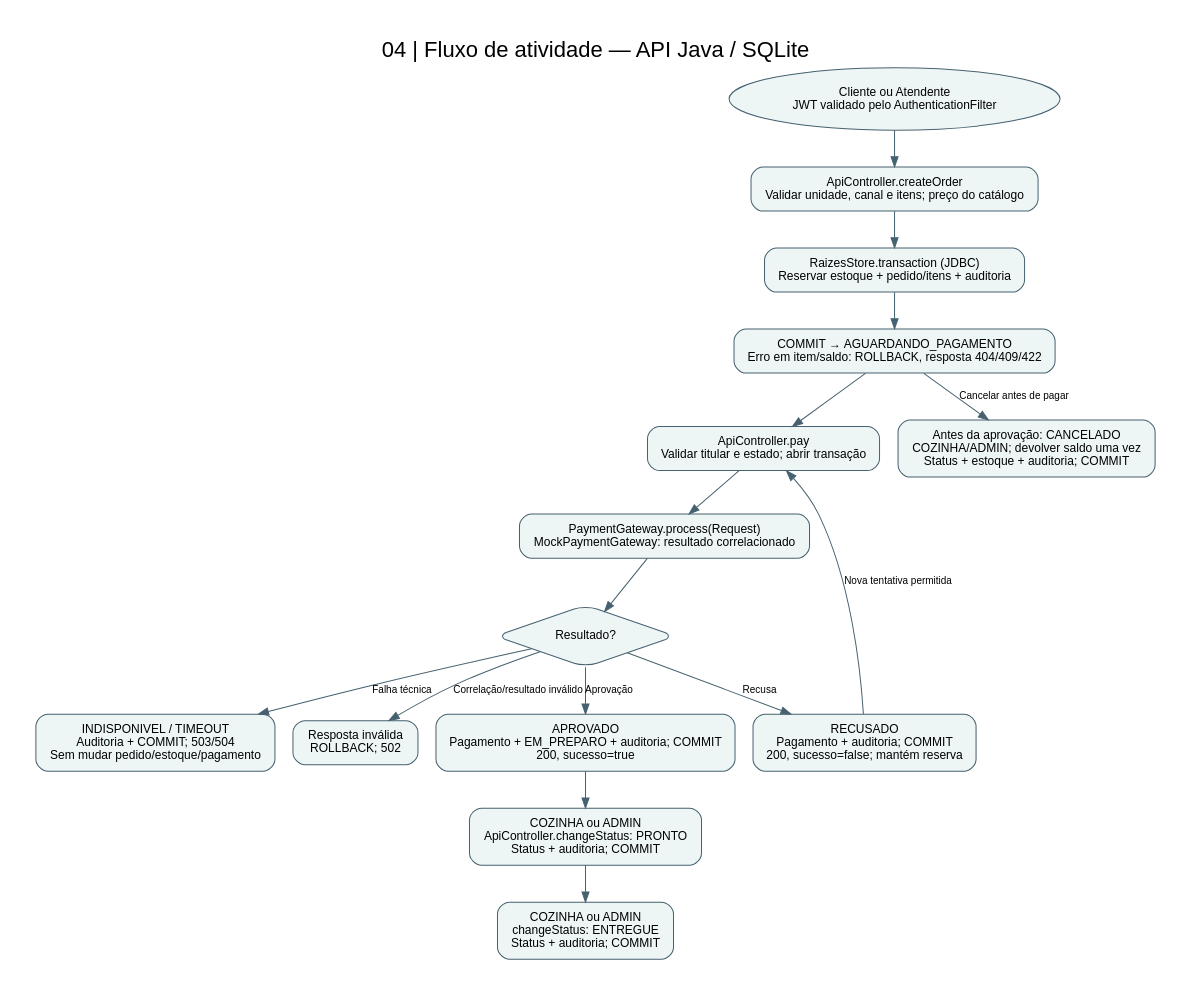
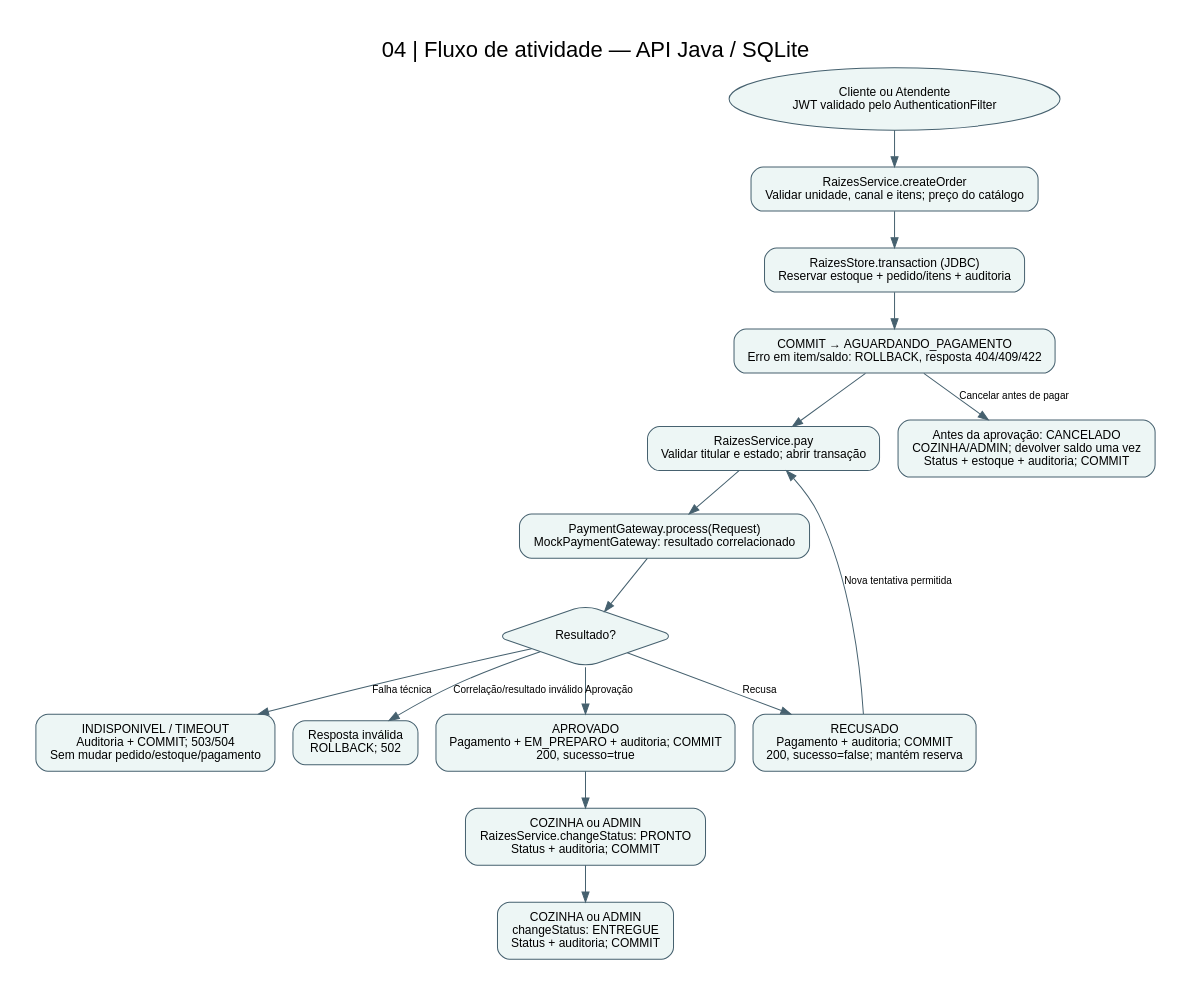
One commit to angelicafolgado/raizes-do-nordeste changed the diagram in docs/diagramas/04_sequencia.dot. Above: the diagram before and after it, drawn with Graphviz. The commit also changed 23 other files, not shown here.

```diff
--- a/docs/diagramas/04_sequencia.dot
+++ b/docs/diagramas/04_sequencia.dot
@@ -1,46 +1,46 @@
 digraph Fluxo {
  graph [rankdir=TB,bgcolor="white",pad=0.4,fontname="Arial",label="04 | Fluxo de atividade — API Java / SQLite",labelloc=t,fontsize=22];
  node [shape=box,style="rounded,filled",fillcolor="#edf6f5",color="#46616f",fontname="Arial",fontsize=12,margin="0.2,0.12"];
  edge [fontname="Arial",fontsize=10,color="#46616f"];
  start [shape=oval,label="Cliente ou Atendente
 JWT validado pelo AuthenticationFilter"];
- create [label="ApiController.createOrder
+ create [label="RaizesService.createOrder
 Validar unidade, canal e itens; preço do catálogo"];
  reserve [label="RaizesStore.transaction (JDBC)
 Reservar estoque + pedido/itens + auditoria"];
  waiting [label="COMMIT → AGUARDANDO_PAGAMENTO
 Erro em item/saldo: ROLLBACK, resposta 404/409/422"];
- pay [label="ApiController.pay
+ pay [label="RaizesService.pay
 Validar titular e estado; abrir transação"];
  gateway [label="PaymentGateway.process(Request)
 MockPaymentGateway: resultado correlacionado"];
  decision [shape=diamond,label="Resultado?"];
  declined [label="RECUSADO
 Pagamento + auditoria; COMMIT
 200, sucesso=false; mantém reserva"];
  technical [label="INDISPONIVEL / TIMEOUT
 Auditoria + COMMIT; 503/504
 Sem mudar pedido/estoque/pagamento"];
  invalid [label="Resposta inválida
 ROLLBACK; 502"];
  approved [label="APROVADO
 Pagamento + EM_PREPARO + auditoria; COMMIT
 200, sucesso=true"];
  ready [label="COZINHA ou ADMIN
-ApiController.changeStatus: PRONTO
+RaizesService.changeStatus: PRONTO
 Status + auditoria; COMMIT"];
  delivered [label="COZINHA ou ADMIN
 changeStatus: ENTREGUE
 Status + auditoria; COMMIT"];
  cancel [label="Antes da aprovação: CANCELADO
 COZINHA/ADMIN; devolver saldo uma vez
 Status + estoque + auditoria; COMMIT"];
  start -> create -> reserve -> waiting -> pay -> gateway -> decision;
  waiting -> cancel [label="Cancelar antes de pagar"];
  decision -> declined [label="Recusa"];
  declined -> pay [label="Nova tentativa permitida"];
  decision -> technical [label="Falha técnica"];
  decision -> invalid [label="Correlação/resultado inválido"];
  decision -> approved [label="Aprovação"];
  approved -> ready -> delivered;
 }
```
